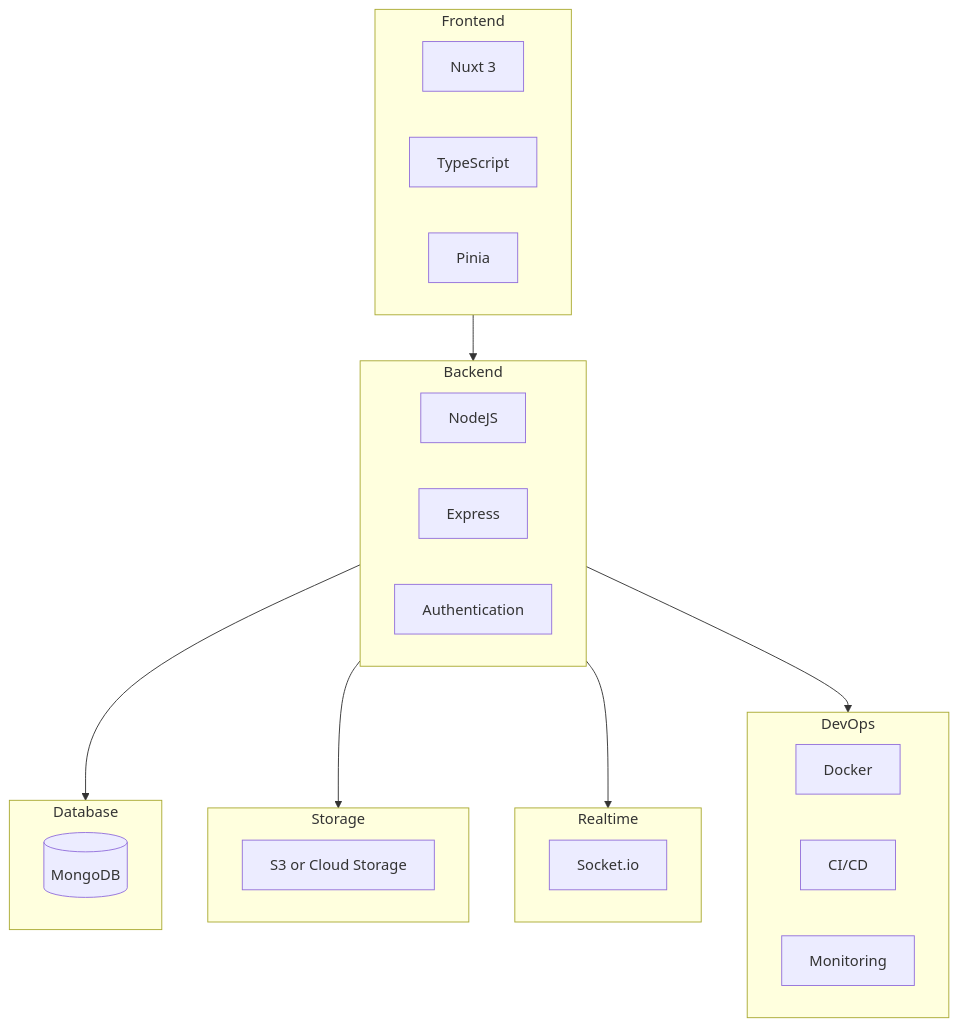
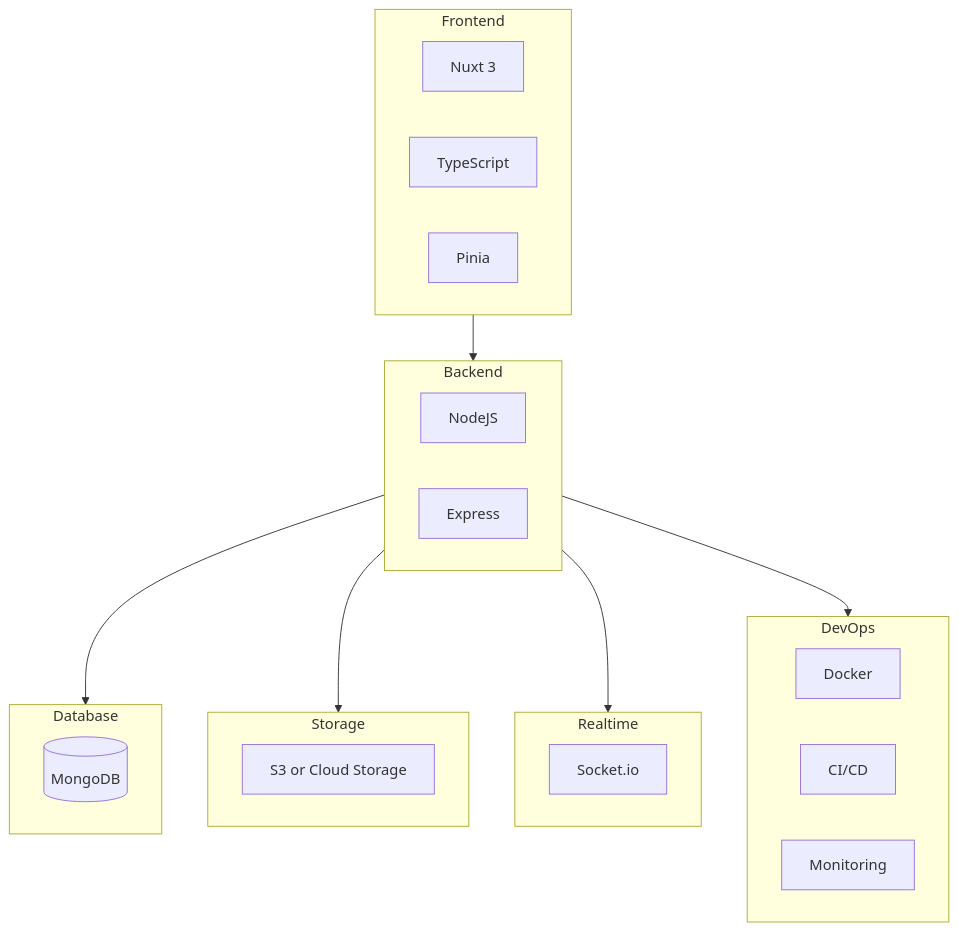
Before and after one commit to touanu/ttcn2: the fourth of 7 diagrams in docs/ARCHITECTURE.md, drawn with Mermaid. The commit also changed other lines of this file and 1 other file, not shown here.

````diff
--- a/docs/ARCHITECTURE.md
+++ b/docs/ARCHITECTURE.md
@@ -188,39 +188,38 @@
 ```mermaid
 %% Todo: Sửa lại biểu đồ này khi dự án đã hoàn thiện hơn
 flowchart TB
   subgraph FE["Frontend"]
     FE1[Nuxt 3]
     FE2[TypeScript]
     FE3[Pinia]
   end
 
   subgraph BE["Backend"]
     BE1[NodeJS]
     BE2[Express]
-    BE3[Authentication]
   end
 
   subgraph DB["Database"]
     DB1[(MongoDB)]
   end
 
   subgraph ST["Storage"]
     ST1[S3 or Cloud Storage]
   end
 
   subgraph RT["Realtime"]
     RT1[Socket.io]
   end
 
   subgraph INF["DevOps"]
     INF1[Docker]
     INF2[CI/CD]
     INF3[Monitoring]
   end
 
   FE --> BE
   BE --> DB
   BE --> ST
   BE --> RT
   BE --> INF
 ```
````
